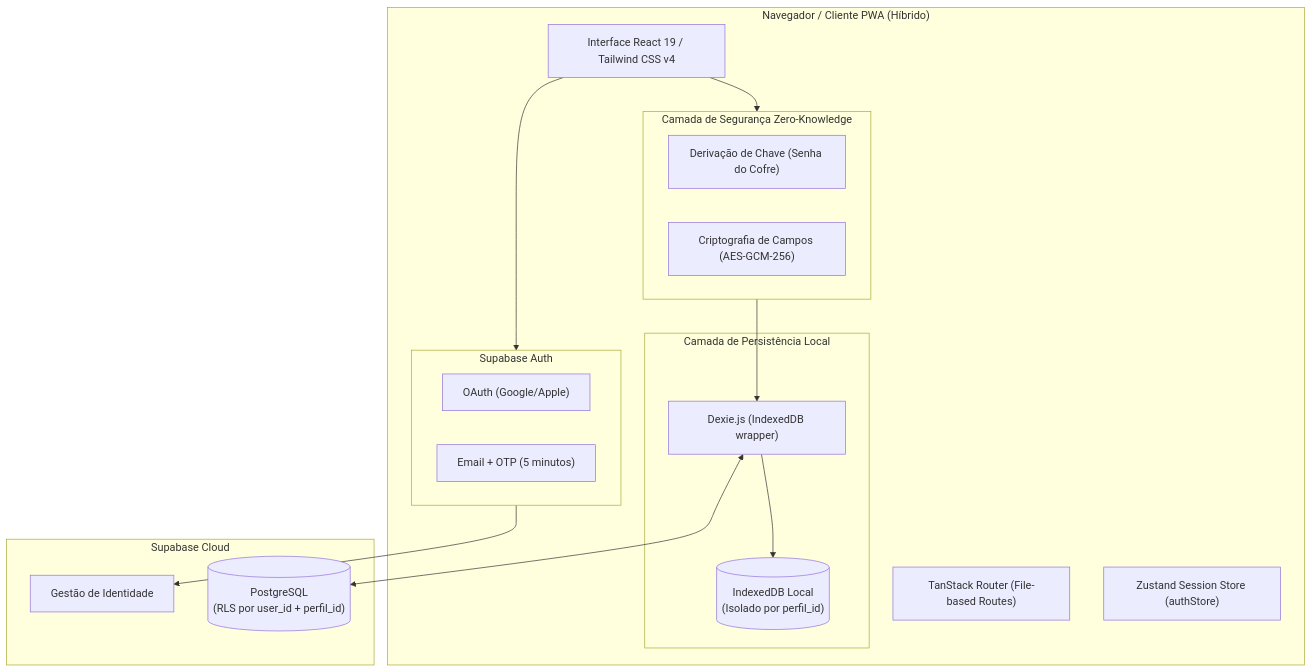
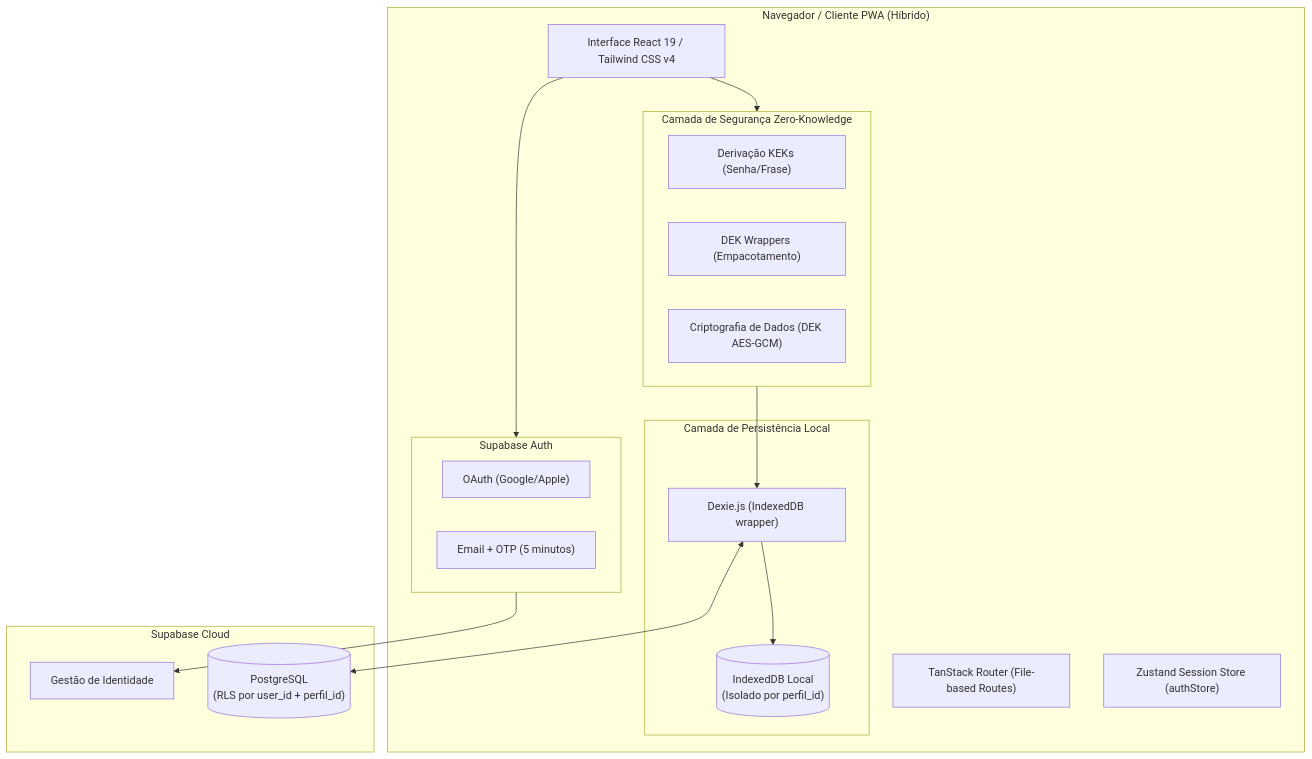
Before and after one commit to raffastudioproducoes-cloud/MiauDelier_Manager: the diagram in docs/ARCHITECTURE.md, drawn with Mermaid. The commit also changed other lines of this file and 8 other files, not shown here.

````diff
--- a/docs/ARCHITECTURE.md
+++ b/docs/ARCHITECTURE.md
@@ -10,35 +10,36 @@
 ```mermaid
 flowchart TD
     subgraph Browser ["Navegador / Cliente PWA (Híbrido)"]
         UI["Interface React 19 / Tailwind CSS v4"]
         Router["TanStack Router (File-based Routes)"]
         Store["Zustand Session Store (authStore)"]
 
         subgraph AuthLayer ["Supabase Auth"]
           Social["OAuth (Google/Apple)"]
           EmailOTP["Email + OTP (5 minutos)"]
         end
 
         subgraph SecurityLayer ["Camada de Segurança Zero-Knowledge"]
-          PBKDF2["Derivação de Chave (Senha do Cofre)"]
-          AESGCM["Criptografia de Campos (AES-GCM-256)"]
+          PBKDF2["Derivação KEKs (Senha/Frase)"]
+          DEKWRAP["DEK Wrappers (Empacotamento)"]
+          AESGCM["Criptografia de Dados (DEK AES-GCM)"]
         end
 
         subgraph StorageLayer ["Camada de Persistência Local"]
           Dexie["Dexie.js (IndexedDB wrapper)"]
           DB[("IndexedDB Local\n(Isolado por perfil_id)")]
         end
     end
 
     subgraph Cloud ["Supabase Cloud"]
         CloudAuth["Gestão de Identidade"]
         Postgres[("PostgreSQL\n(RLS por user_id + perfil_id)")]
     end
 
     UI --> AuthLayer
     AuthLayer --> CloudAuth
     UI --> SecurityLayer
     SecurityLayer --> Dexie
     Dexie <--> Postgres
     Dexie --> DB
 ```
````
